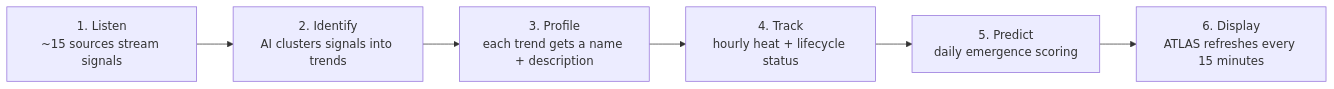
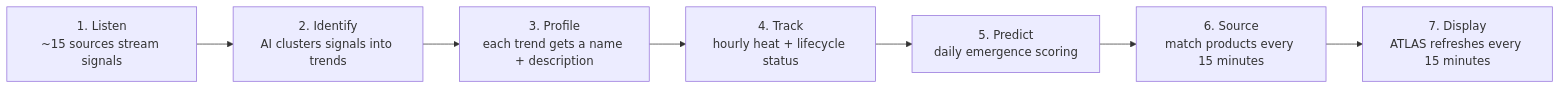
The diagram in docs/images/atlas-flow.mmd (mjmena/Trend-Tree), drawn with Mermaid before and after one commit. The commit also changed 6 other files, not shown here.

```diff
--- a/docs/images/atlas-flow.mmd
+++ b/docs/images/atlas-flow.mmd
@@ -1,6 +1,7 @@
 flowchart LR
     L[1. Listen<br/>~15 sources stream signals] --> I[2. Identify<br/>AI clusters signals into trends]
     I --> P[3. Profile<br/>each trend gets a name + description]
     P --> T[4. Track<br/>hourly heat + lifecycle status]
     T --> Pr[5. Predict<br/>daily emergence scoring]
-    Pr --> D[6. Display<br/>ATLAS refreshes every 15 minutes]
+    Pr --> S[6. Source<br/>match products every 15 minutes]
+    S --> D[7. Display<br/>ATLAS refreshes every 15 minutes]
```
